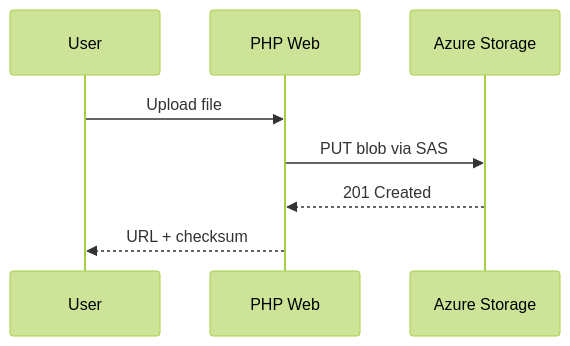
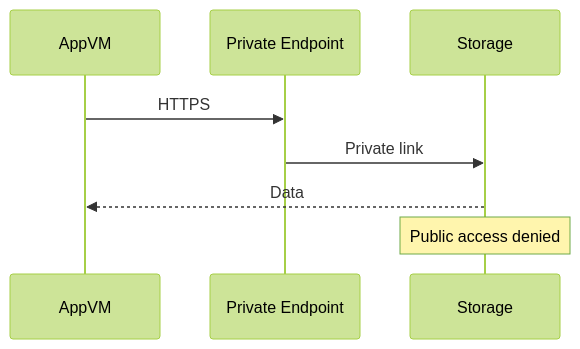
One commit to heisthesisko/azure-se-bootcamp changed the diagram in Azure_Storage/assets/diagrams/module09_sequence.mmd. Above: the diagram before and after it, drawn with Mermaid (forest theme). The commit also changed 213 other files, not shown here.

```diff
--- a/Azure_Storage/assets/diagrams/module09_sequence.mmd
+++ b/Azure_Storage/assets/diagrams/module09_sequence.mmd
@@ -1,8 +1,8 @@
 sequenceDiagram
-  participant User
-  participant Web as PHP Web
-  participant SA as Azure Storage
-  User->>Web: Upload file
-  Web->>SA: PUT blob via SAS
-  SA-->>Web: 201 Created
-  Web-->>User: URL + checksum
+  participant AppVM
+  participant PE as Private Endpoint
+  participant SA as Storage
+  AppVM->>PE: HTTPS
+  PE->>SA: Private link
+  SA-->>AppVM: Data
+  Note over SA: Public access denied
```
